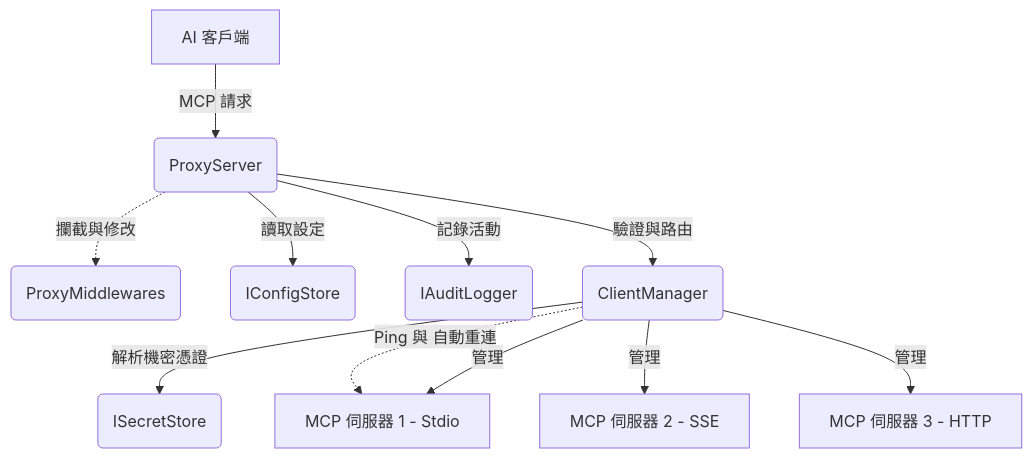
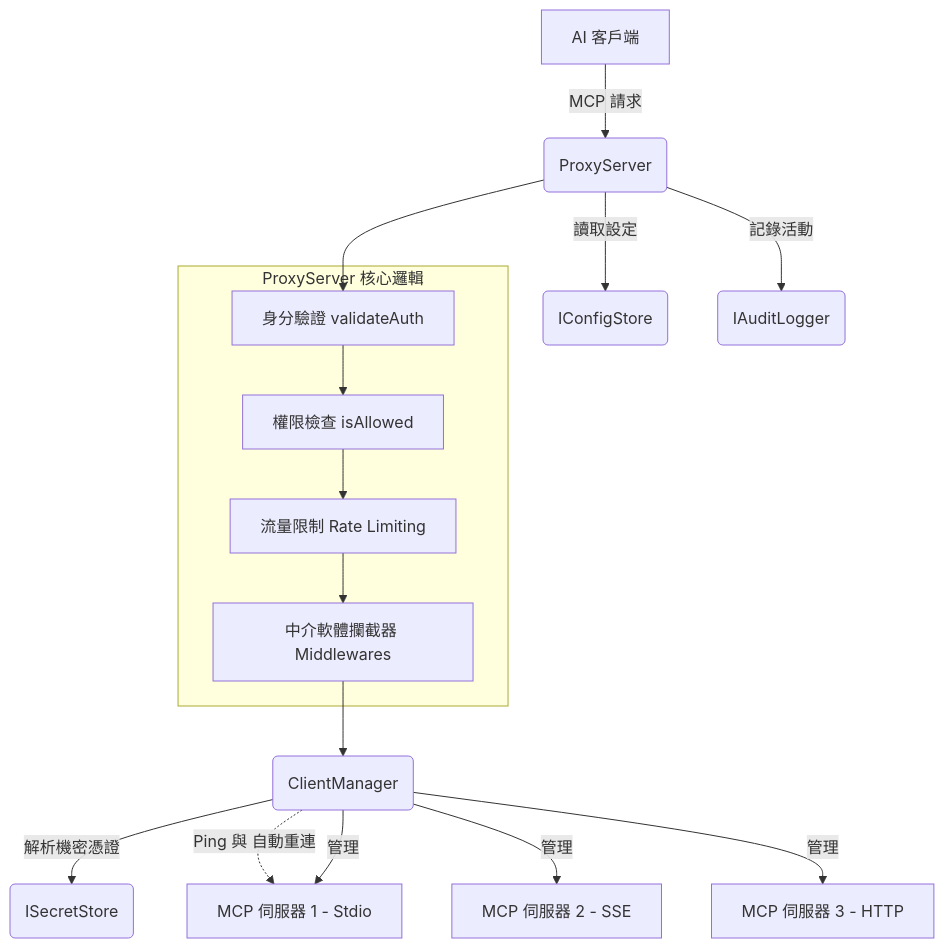
One commit to Cyber-Sec-Space/aag-core changed the second of 2 diagrams in ARCHITECTURE.md. Above: the diagram before and after it, drawn with Mermaid. The commit also changed other lines of this file and 6 other files, not shown here.

Commit message:
feat: add rate limiting middleware, update docs and architecture diagrams

````diff
--- a/ARCHITECTURE.md
+++ b/ARCHITECTURE.md
@@ -69,15 +80,26 @@
 ```mermaid
 graph TD
     Client[AI 客戶端] -->|MCP 請求| Proxy(ProxyServer)
     
-    Proxy -.->|攔截與修改| MW(ProxyMiddlewares)
+    subgraph ProxyInternal [ProxyServer 核心邏輯]
+        Auth[身分驗證 validateAuth]
+        RBAC[權限檢查 isAllowed]
+        RL[流量限制 Rate Limiting]
+        MW[中介軟體攔截器 Middlewares]
+    end
+    
+    Proxy --> Auth
+    Auth --> RBAC
+    RBAC --> RL
+    RL --> MW
+    MW --> CM(ClientManager)
+
     Proxy -->|讀取設定| Config(IConfigStore)
     Proxy -->|記錄活動| Logger(IAuditLogger)
-    Proxy -->|驗證與路由| CM(ClientManager)
     
     CM -->|解析機密憑證| Secrets(ISecretStore)
     CM -.->|Ping 與 自動重連| Downstream1
     CM -->|管理| Downstream1[MCP 伺服器 1 - Stdio]
     CM -->|管理| Downstream2[MCP 伺服器 2 - SSE]
     CM -->|管理| Downstream3[MCP 伺服器 3 - HTTP]
 ```
````
